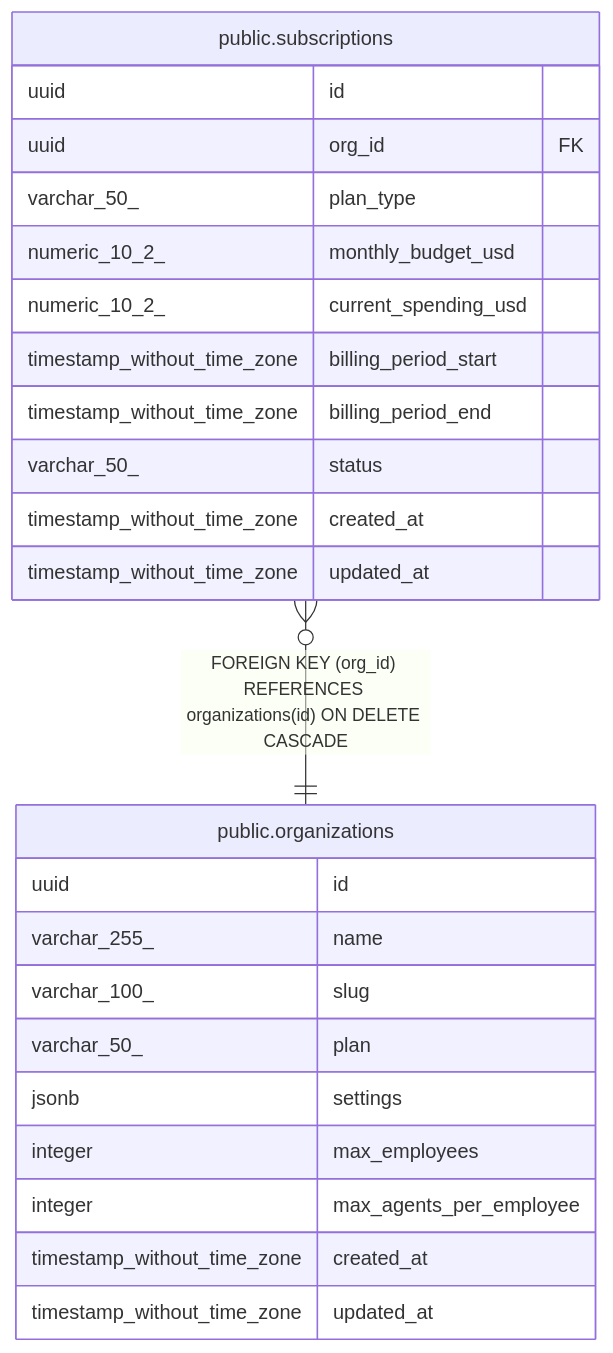
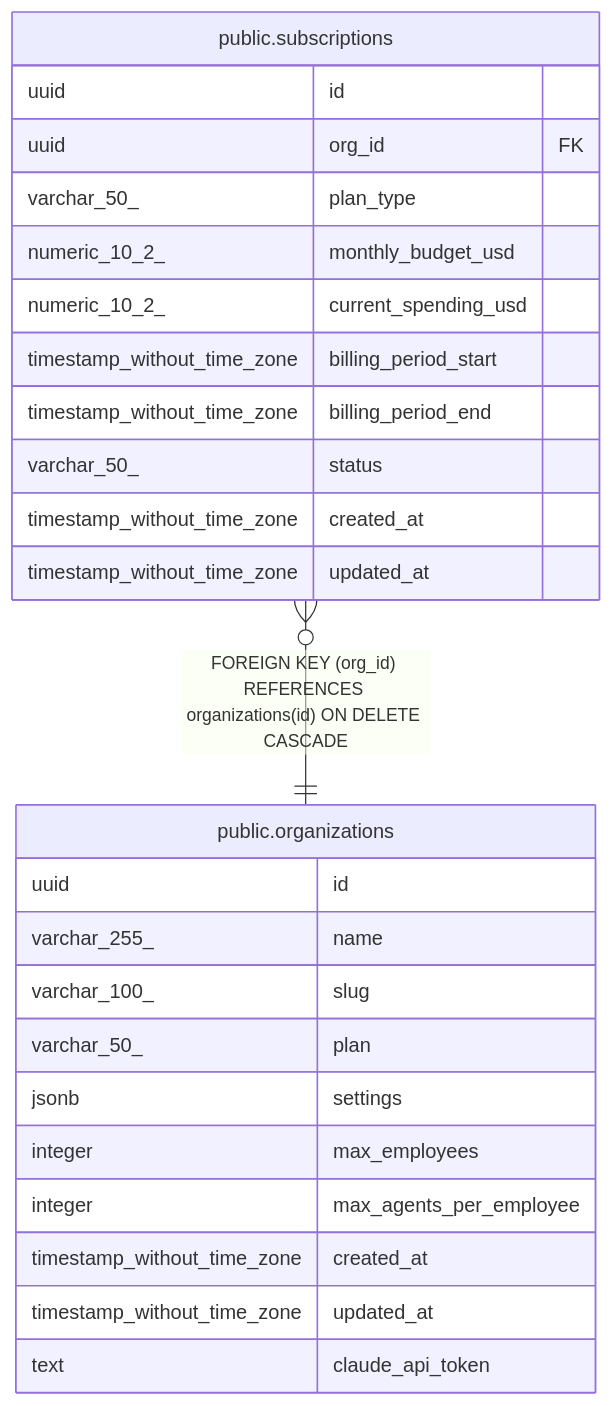
The diagram in docs/public.subscriptions.md (rastrigin-systems/arfa), drawn with Mermaid before and after one commit. The commit also changed 50 other files, not shown here.

````diff
--- a/docs/public.subscriptions.md
+++ b/docs/public.subscriptions.md
@@ -41,29 +41,30 @@
 ```mermaid
 erDiagram
 
 "public.subscriptions" }o--|| "public.organizations" : "FOREIGN KEY (org_id) REFERENCES organizations(id) ON DELETE CASCADE"
 
 "public.subscriptions" {
   uuid id
   uuid org_id FK
   varchar_50_ plan_type
   numeric_10_2_ monthly_budget_usd
   numeric_10_2_ current_spending_usd
   timestamp_without_time_zone billing_period_start
   timestamp_without_time_zone billing_period_end
   varchar_50_ status
   timestamp_without_time_zone created_at
   timestamp_without_time_zone updated_at
 }
 "public.organizations" {
   uuid id
   varchar_255_ name
   varchar_100_ slug
   varchar_50_ plan
   jsonb settings
   integer max_employees
   integer max_agents_per_employee
   timestamp_without_time_zone created_at
   timestamp_without_time_zone updated_at
+  text claude_api_token
 }
 ```
````
